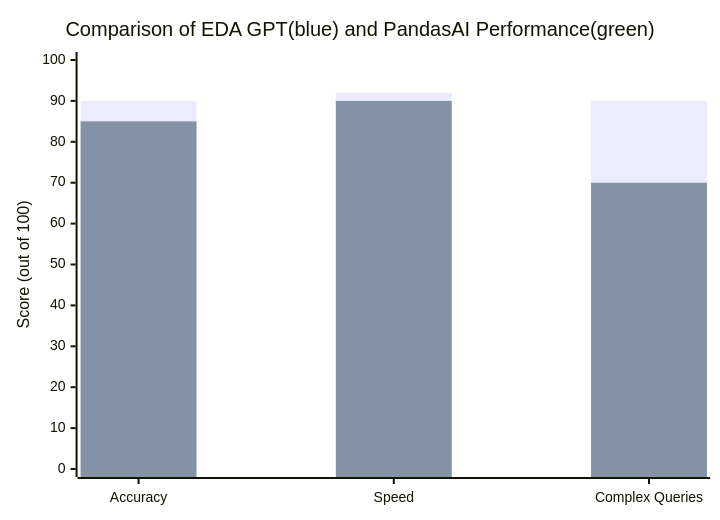
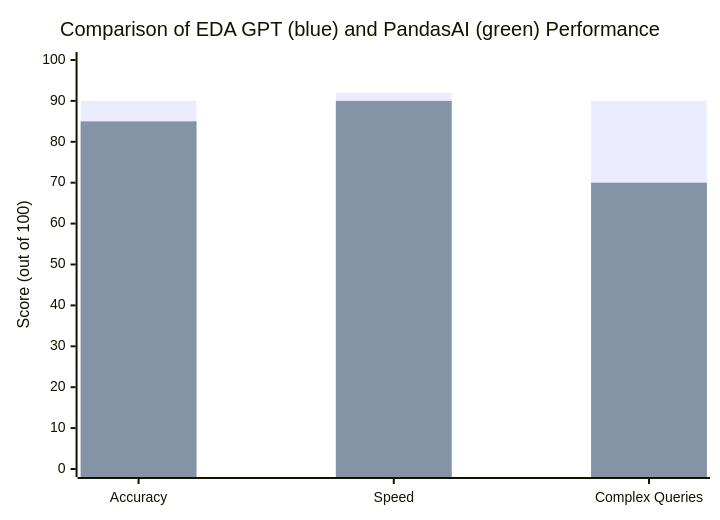
The first of 3 diagrams in README.md (Velprakash0611/EDA_GPT), drawn with Mermaid before and after one commit. The commit also changed other lines of this file, not shown here.

`````diff
--- a/README.md
+++ b/README.md
@@ -37,8 +49,8 @@
-   ```mermaid
-   xychart-beta
-    title "Comparison of EDA GPT(blue) and PandasAI Performance(green)"
-    x-axis ["Accuracy", "Speed", "Complex Queries"]
-    y-axis "Score (out of 100)" 0 --> 100
-    bar EDA_GPT [90, 92, 90]
-    bar PandasAI [85, 90, 70]
-   ```
+```mermaid
+xychart-beta
+ title "Comparison of EDA GPT (blue) and PandasAI (green) Performance"
+ x-axis ["Accuracy", "Speed", "Complex Queries"]
+ y-axis "Score (out of 100)" 0 --> 100
+ bar EDA_GPT [90, 92, 90]
+ bar PandasAI [85, 90, 70]
+````
`````
